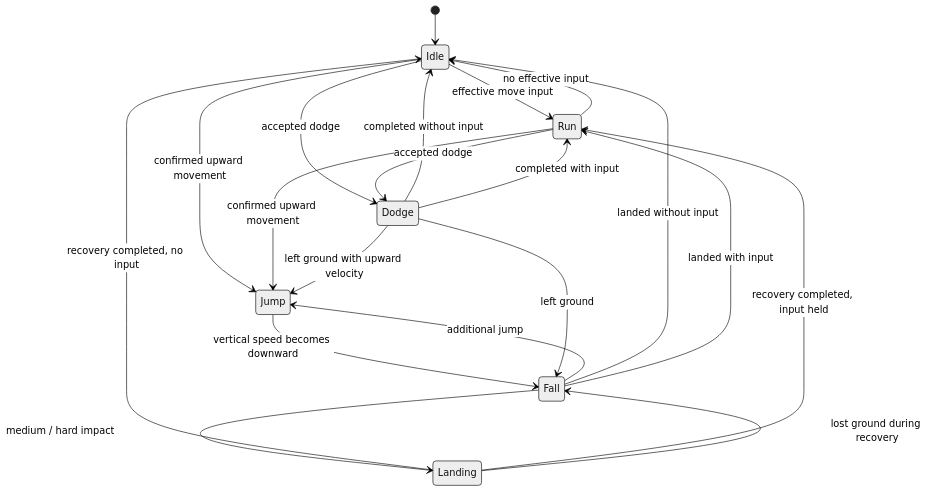
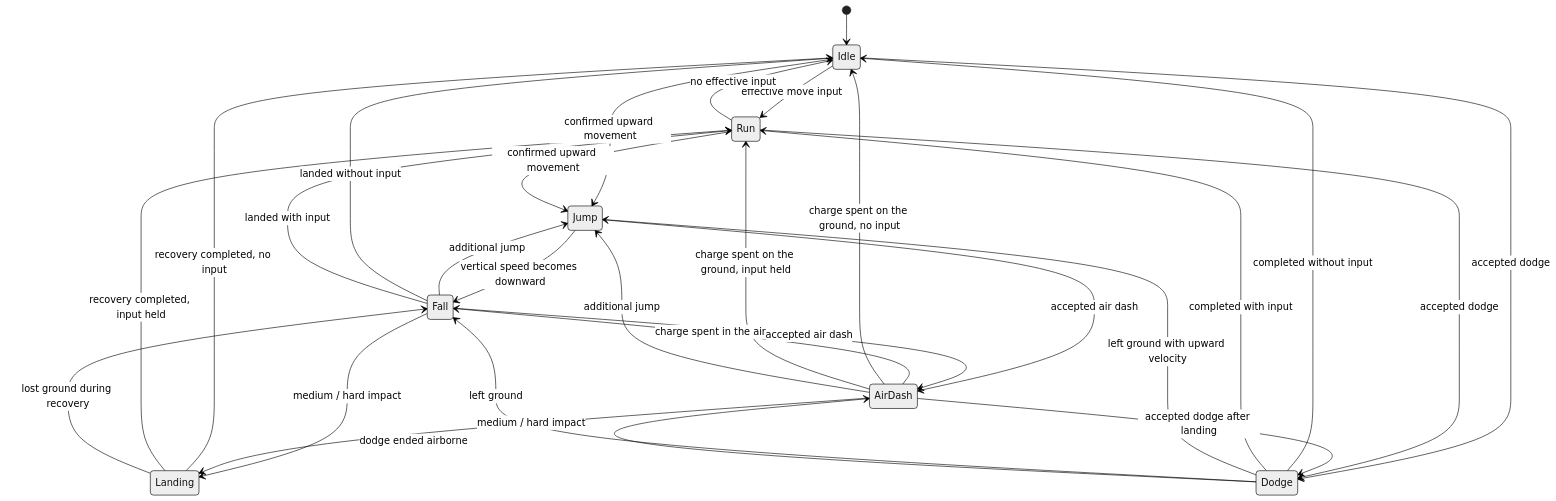
One commit to MaximFonariuc/project-s changed the second of 3 diagrams in Docs/Architecture/Player.Locomotion.md. Above: the diagram before and after it, drawn with Mermaid (neutral theme). The commit also changed other lines of this file and 2 other files, not shown here.

Commit message:
docs(character): record the air dash state and the requested speed

````diff
--- a/Docs/Architecture/Player.Locomotion.md
+++ b/Docs/Architecture/Player.Locomotion.md
@@ -232,22 +234,31 @@
 ```mermaid
 stateDiagram-v2
     [*] --> Idle
     Idle --> Run: effective move input
     Run --> Idle: no effective input
     Idle --> Jump: confirmed upward movement
     Run --> Jump: confirmed upward movement
     Jump --> Fall: vertical speed becomes downward
     Fall --> Jump: additional jump
     Fall --> Idle: landed without input
     Fall --> Run: landed with input
     Fall --> Landing: medium / hard impact
     Landing --> Idle: recovery completed, no input
     Landing --> Run: recovery completed, input held
     Landing --> Fall: lost ground during recovery
     Idle --> Dodge: accepted dodge
     Run --> Dodge: accepted dodge
     Dodge --> Idle: completed without input
     Dodge --> Run: completed with input
     Dodge --> Jump: left ground with upward velocity
     Dodge --> Fall: left ground
+    Jump --> AirDash: accepted air dash
+    Fall --> AirDash: accepted air dash
+    Dodge --> AirDash: dodge ended airborne
+    AirDash --> Fall: charge spent in the air
+    AirDash --> Idle: charge spent on the ground, no input
+    AirDash --> Run: charge spent on the ground, input held
+    AirDash --> Landing: medium / hard impact
+    AirDash --> Dodge: accepted dodge after landing
+    AirDash --> Jump: additional jump
 ```
````
